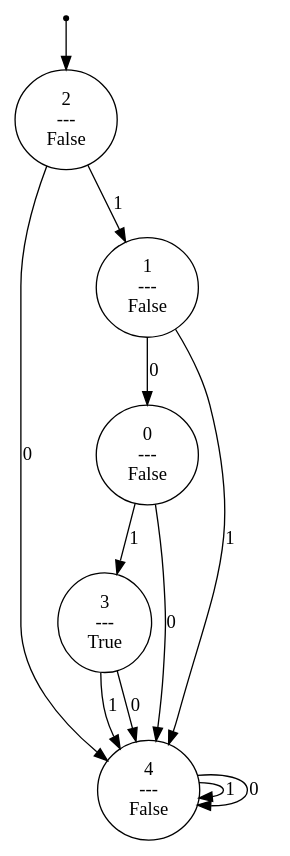
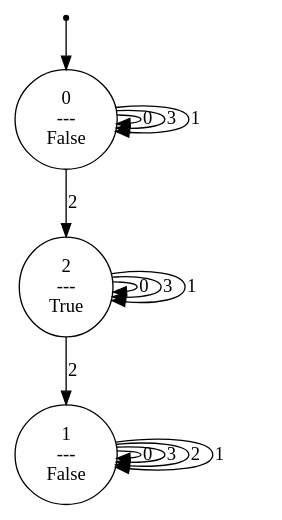
One commit to srnapls/history-rewards-for-pomdps changed the diagram in code/dot/m2.dot. Above: the diagram before and after it, drawn with Graphviz. The commit also changed 17 other files, not shown here.

```diff
--- a/code/dot/m2.dot
+++ b/code/dot/m2.dot
@@ -1,19 +1,19 @@
 digraph G {
 0 [label="", shape=point];
-0 -> 3;
+0 -> 1;
 1 [label="0\n---\nFalse"];
-1 -> 4  [label=1];
-1 -> 5  [label=0];
+1 -> 1  [label=0];
+1 -> 1  [label=3];
+1 -> 3  [label=2];
+1 -> 1  [label=1];
 2 [label="1\n---\nFalse"];
-2 -> 5  [label=1];
-2 -> 1  [label=0];
-3 [label="2\n---\nFalse"];
-3 -> 2  [label=1];
-3 -> 5  [label=0];
-4 [label="3\n---\nTrue"];
-4 -> 5  [label=1];
-4 -> 5  [label=0];
-5 [label="4\n---\nFalse"];
-5 -> 5  [label=1];
-5 -> 5  [label=0];
+2 -> 2  [label=0];
+2 -> 2  [label=3];
+2 -> 2  [label=2];
+2 -> 2  [label=1];
+3 [label="2\n---\nTrue"];
+3 -> 3  [label=0];
+3 -> 3  [label=3];
+3 -> 2  [label=2];
+3 -> 3  [label=1];
 }
```
